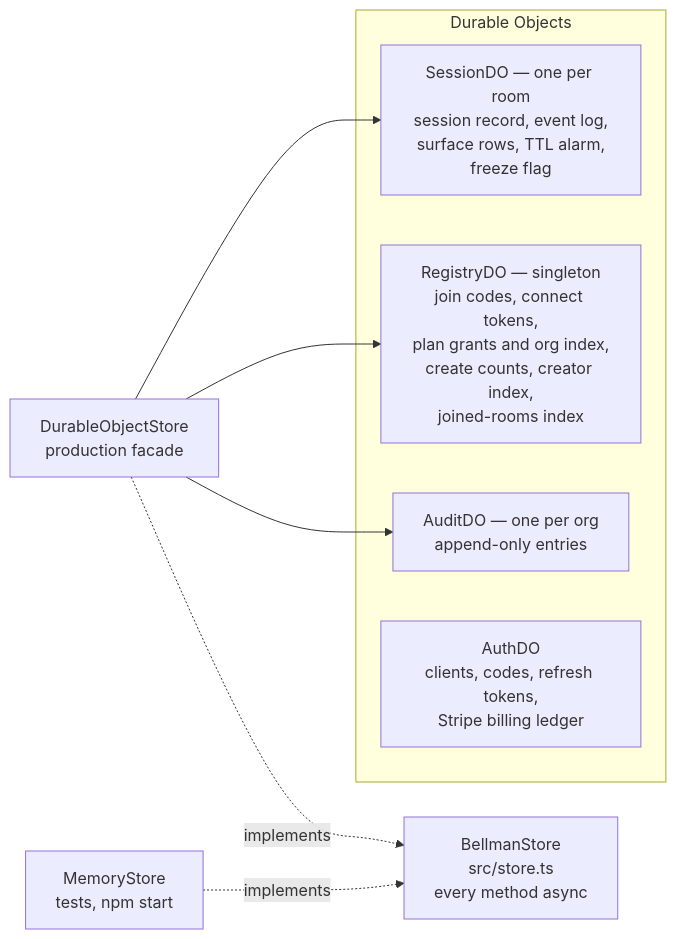
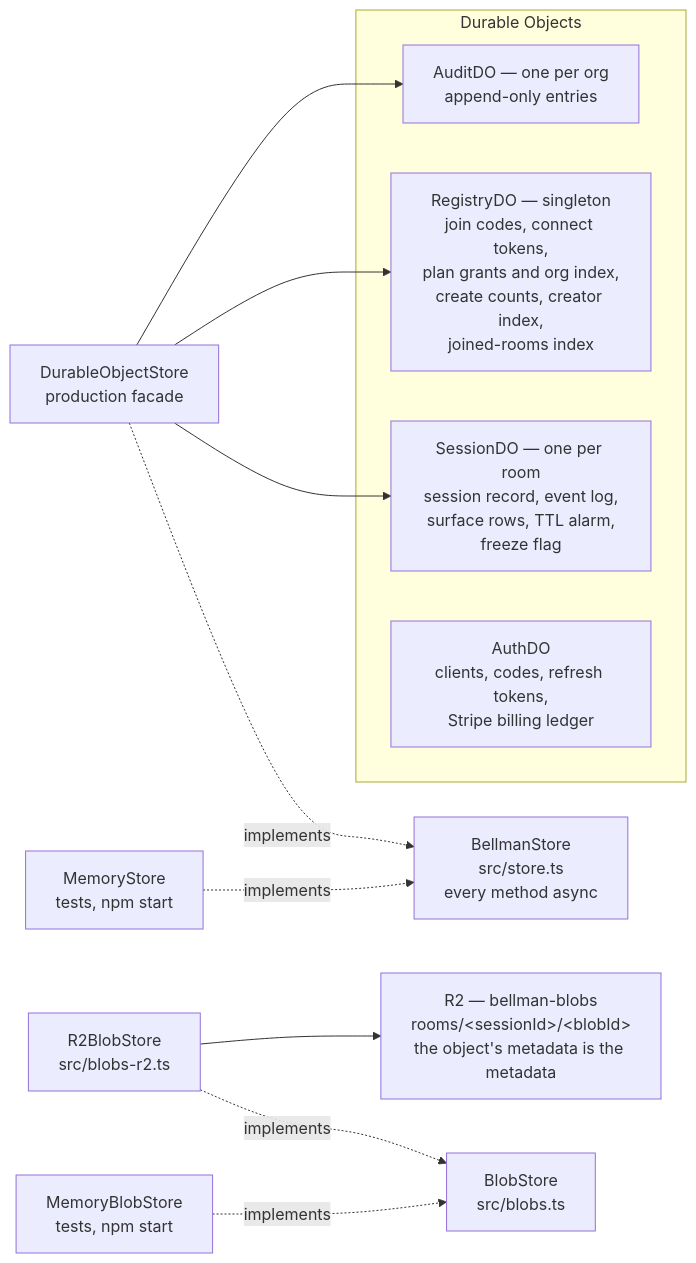
One commit to bellman-sh/bellman changed the fourth of 7 diagrams in docs/ARCHITECTURE.md. Above: the diagram before and after it, drawn with Mermaid. The commit also changed other lines of this file and 2 other files, not shown here.

Commit message:
Say in the README and the architecture where a room's bytes live and how they get there

````diff
--- a/docs/ARCHITECTURE.md
+++ b/docs/ARCHITECTURE.md
@@ -389,17 +389,23 @@
 ```mermaid
 flowchart LR
     BS["BellmanStore<br/>src/store.ts<br/>every method async"]
     MEM["MemoryStore<br/>tests, npm start"] -.implements.-> BS
     DOS["DurableObjectStore<br/>production facade"] -.implements.-> BS
 
     DOS --> SDO
     DOS --> RDO
     DOS --> ADO
 
     subgraph objects["Durable Objects"]
         SDO["SessionDO — one per room<br/>session record, event log,<br/>surface rows, TTL alarm,<br/>freeze flag"]
         RDO["RegistryDO — singleton<br/>join codes, connect tokens,<br/>plan grants and org index,<br/>create counts, creator index,<br/>joined-rooms index"]
         ADO["AuditDO — one per org<br/>append-only entries"]
         AUTH["AuthDO<br/>clients, codes, refresh tokens,<br/>Stripe billing ledger"]
     end
+
+    BLOB["BlobStore<br/>src/blobs.ts"]
+    R2["R2 — bellman-blobs<br/>rooms/&lt;sessionId&gt;/&lt;blobId&gt;<br/>the object's metadata is the metadata"]
+    MEMB["MemoryBlobStore<br/>tests, npm start"] -.implements.-> BLOB
+    R2S["R2BlobStore<br/>src/blobs-r2.ts"] -.implements.-> BLOB
+    R2S --> R2
 ```
````
